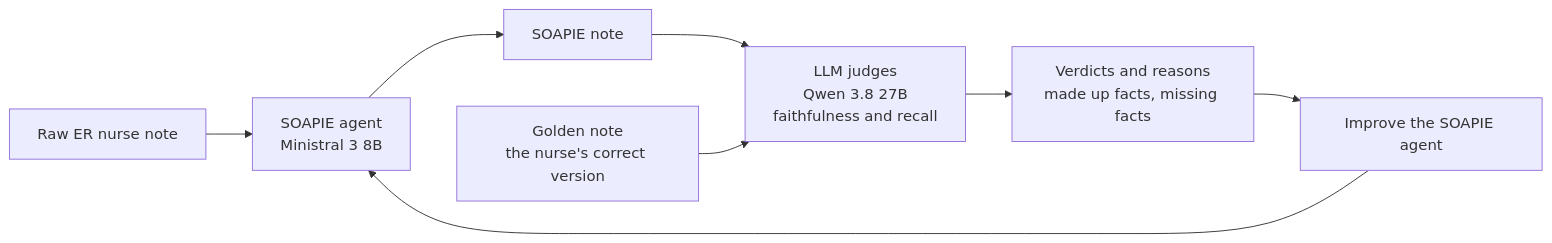
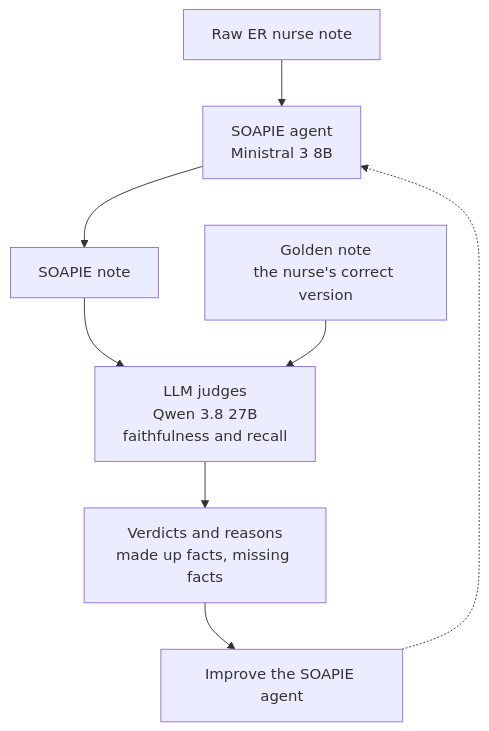
The diagram in README.md (Cyberbot777/er-nurse-notes-eval), drawn with Mermaid before and after one commit.

Commit message:
Make the README flowchart top down with a dotted improvement arrow

````diff
--- a/README.md
+++ b/README.md
@@ -17,10 +17,10 @@
 ```mermaid
-flowchart LR
+flowchart TD
     A[Raw ER nurse note] --> B[SOAPIE agent<br/>Ministral 3 8B]
     B --> C[SOAPIE note]
     C --> D[LLM judges<br/>Qwen 3.8 27B<br/>faithfulness and recall]
     G[Golden note<br/>the nurse's correct version] --> D
     D --> E[Verdicts and reasons<br/>made up facts, missing facts]
     E --> F[Improve the SOAPIE agent]
-    F --> B
+    F -.-> B
 ```
````
